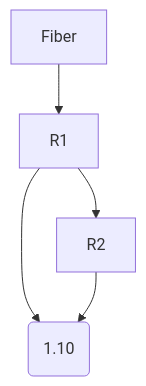
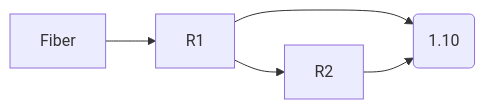
Before and after one commit to notkasim/DOCS: the diagram in Topology.md, drawn with Mermaid.

````diff
--- a/Topology.md
+++ b/Topology.md
@@ -4,7 +4,7 @@
 ```mermaid
-graph TD;
+graph LR;
     Fiber-->R1;
     R1-->R2
     R1-->Server(.210)
     R2-->Server(1.10)
 ```
````
